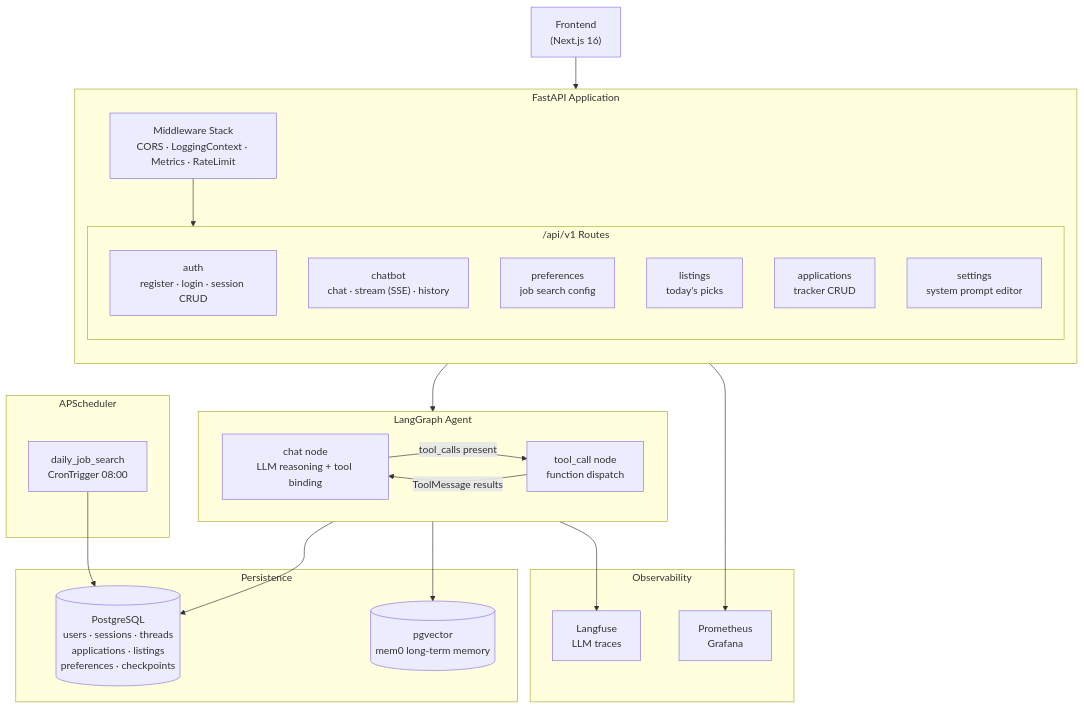
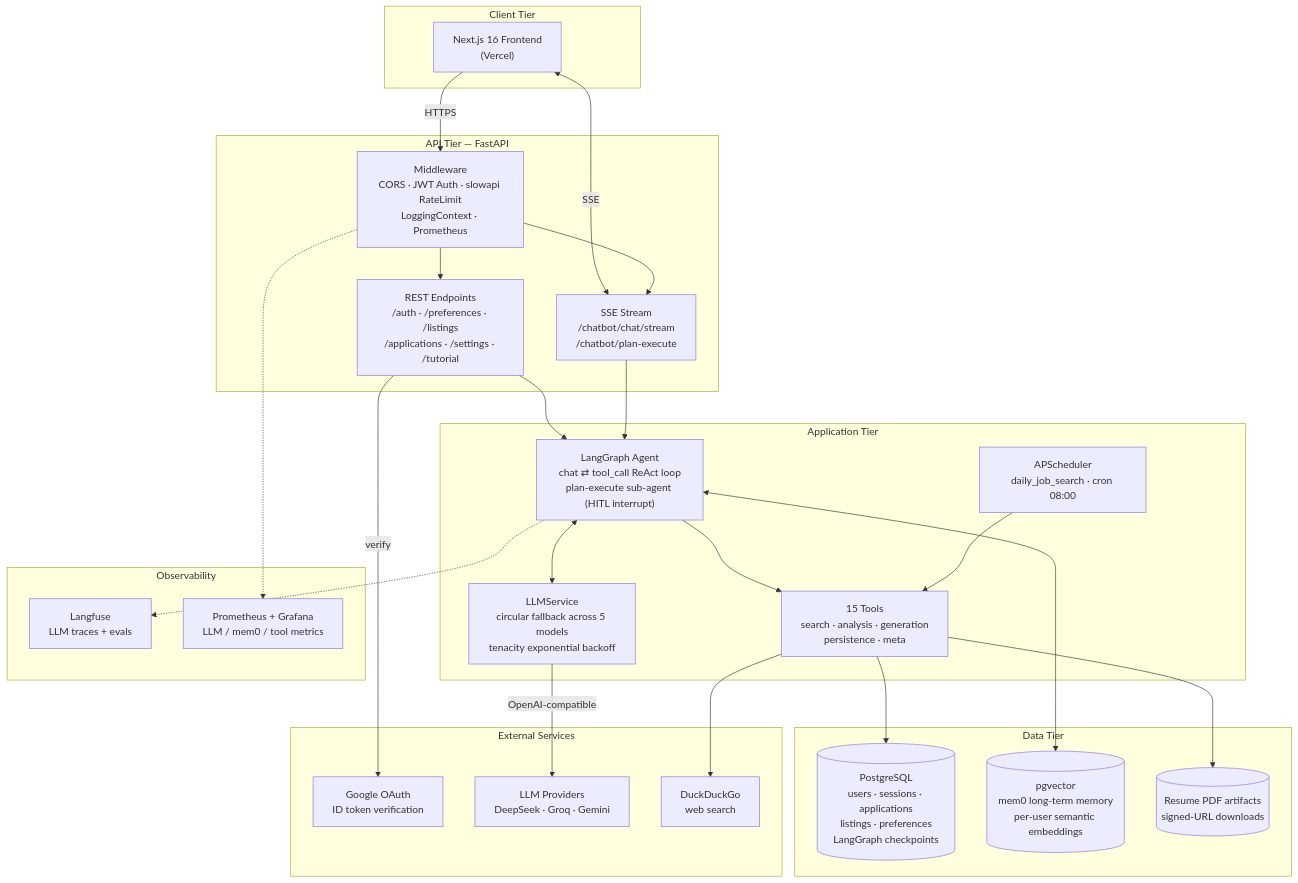
One commit to 0xMoat/job-hunter-agent changed the first of 2 diagrams in README.md. Above: the diagram before and after it, drawn with Mermaid. The commit also changed other lines of this file, not shown here.

First line of the commit message:
docs(readme): refresh tech stack write-up + drop interview-prep aside

````diff
--- a/README.md
+++ b/README.md
@@ -67,48 +50,54 @@
 ```mermaid
-flowchart TD
-    Client["Frontend\n(Next.js 16)"]
-
-    subgraph FastAPI["FastAPI Application"]
-        direction TB
-        MW["Middleware Stack\nCORS · LoggingContext · Metrics · RateLimit"]
-
-        subgraph Routes["/api/v1 Routes"]
-            Auth["auth\nregister · login · session CRUD"]
-            Chat["chatbot\nchat · stream (SSE) · history"]
-            Pref["preferences\njob search config"]
-            List["listings\ntoday's picks"]
-            App["applications\ntracker CRUD"]
-            Sett["settings\nsystem prompt editor"]
-        end
+flowchart TB
+    subgraph Client["Client Tier"]
+        Web["Next.js 16 Frontend<br/>(Vercel)"]
     end
 
-    subgraph Agent["LangGraph Agent"]
-        ChatNode["chat node\nLLM reasoning + tool binding"]
-        ToolNode["tool_call node\nfunction dispatch"]
-        ChatNode -->|"tool_calls present"| ToolNode
-        ToolNode -->|"ToolMessage results"| ChatNode
+    subgraph API["API Tier — FastAPI"]
+        MW["Middleware<br/>CORS · JWT Auth · slowapi RateLimit<br/>LoggingContext · Prometheus"]
+        REST["REST Endpoints<br/>/auth · /preferences · /listings<br/>/applications · /settings · /tutorial"]
+        STREAM["SSE Stream<br/>/chatbot/chat/stream<br/>/chatbot/plan-execute"]
     end
 
-    subgraph Persistence["Persistence"]
-        PG[("PostgreSQL\nusers · sessions · threads\napplications · listings\npreferences · checkpoints")]
-        Vec[("pgvector\nmem0 long-term memory")]
+    subgraph App["Application Tier"]
+        Agent["LangGraph Agent<br/>chat ⇄ tool_call ReAct loop<br/>plan-execute sub-agent (HITL interrupt)"]
+        LLMSvc["LLMService<br/>circular fallback across 5 models<br/>tenacity exponential backoff"]
+        Tools["15 Tools<br/>search · analysis · generation<br/>persistence · meta"]
+        Sched["APScheduler<br/>daily_job_search · cron 08:00"]
     end
 
-    subgraph Sched["APScheduler"]
-        Cron["daily_job_search\nCronTrigger 08:00"]
+    subgraph Data["Data Tier"]
+        PG[("PostgreSQL<br/>users · sessions · applications<br/>listings · preferences<br/>LangGraph checkpoints")]
+        Vec[("pgvector<br/>mem0 long-term memory<br/>per-user semantic embeddings")]
+        Files[("Resume PDF artifacts<br/>signed-URL downloads")]
+    end
+
+    subgraph Ext["External Services"]
+        Google["Google OAuth<br/>ID token verification"]
+        LLMs["LLM Providers<br/>DeepSeek · Groq · Gemini"]
+        DDG["DuckDuckGo<br/>web search"]
     end
 
     subgraph Obs["Observability"]
-        LF["Langfuse\nLLM traces"]
-        Prom["Prometheus\nGrafana"]
+        LF["Langfuse<br/>LLM traces + evals"]
+        Prom["Prometheus + Grafana<br/>LLM / mem0 / tool metrics"]
     end
 
-    Client --> MW
-    MW --> Routes
-    Chat --> Agent
-    Agent --> PG
-    Agent --> Vec
-    Cron --> PG
-    Agent --> LF
-    FastAPI --> Prom
+    Web -->|HTTPS| MW
+    Web <-->|SSE| STREAM
+    MW --> REST
+    MW --> STREAM
+    REST --> Agent
+    STREAM --> Agent
+    Agent <--> LLMSvc
+    Agent --> Tools
+    Tools --> PG
+    Tools --> Files
+    Agent <--> Vec
+    LLMSvc -->|OpenAI-compatible| LLMs
+    Tools --> DDG
+    REST -->|verify| Google
+    Sched --> Tools
+    Agent -.-> LF
+    MW -.-> Prom
 ```
````
